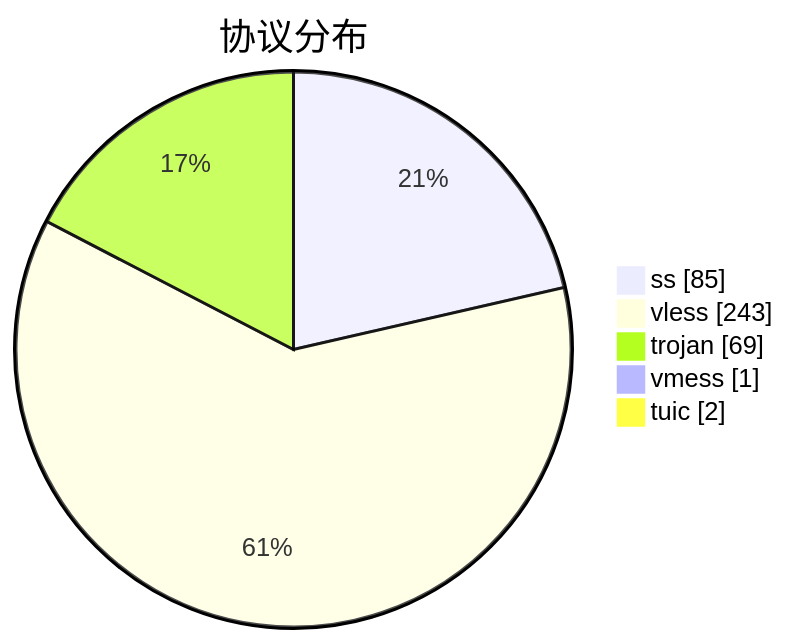
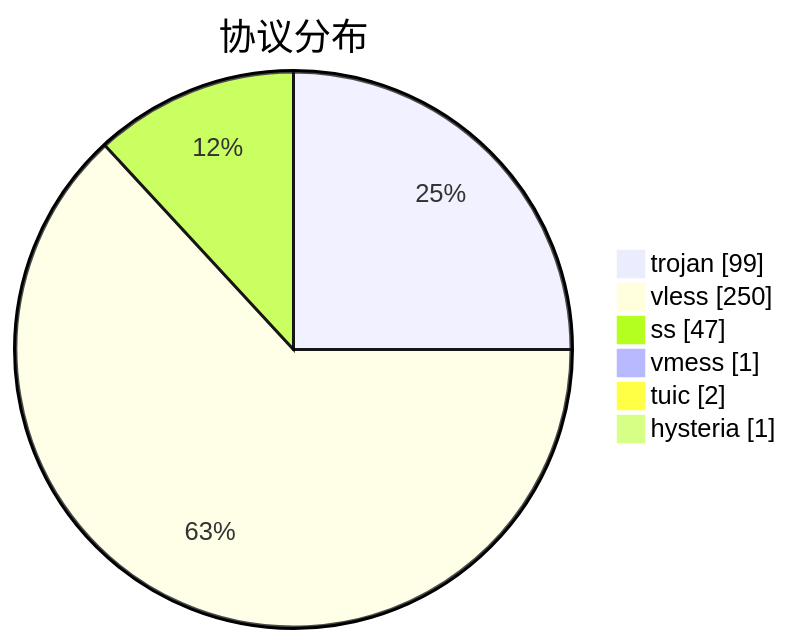
The third of 3 diagrams in subs/statistics/tested_within.md (qjlxg/airport), drawn with Mermaid before and after one commit. The commit also changed other lines of this file and 2 other files, not shown here.

````diff
--- a/subs/statistics/tested_within.md
+++ b/subs/statistics/tested_within.md
@@ -27,9 +31,10 @@
 ```mermaid
 pie showData
 title 协议分布
-"ss" : 85
-"vless" : 243
-"trojan" : 69
+"trojan" : 99
+"vless" : 250
+"ss" : 47
 "vmess" : 1
 "tuic" : 2
+"hysteria" : 1
 ```
````
